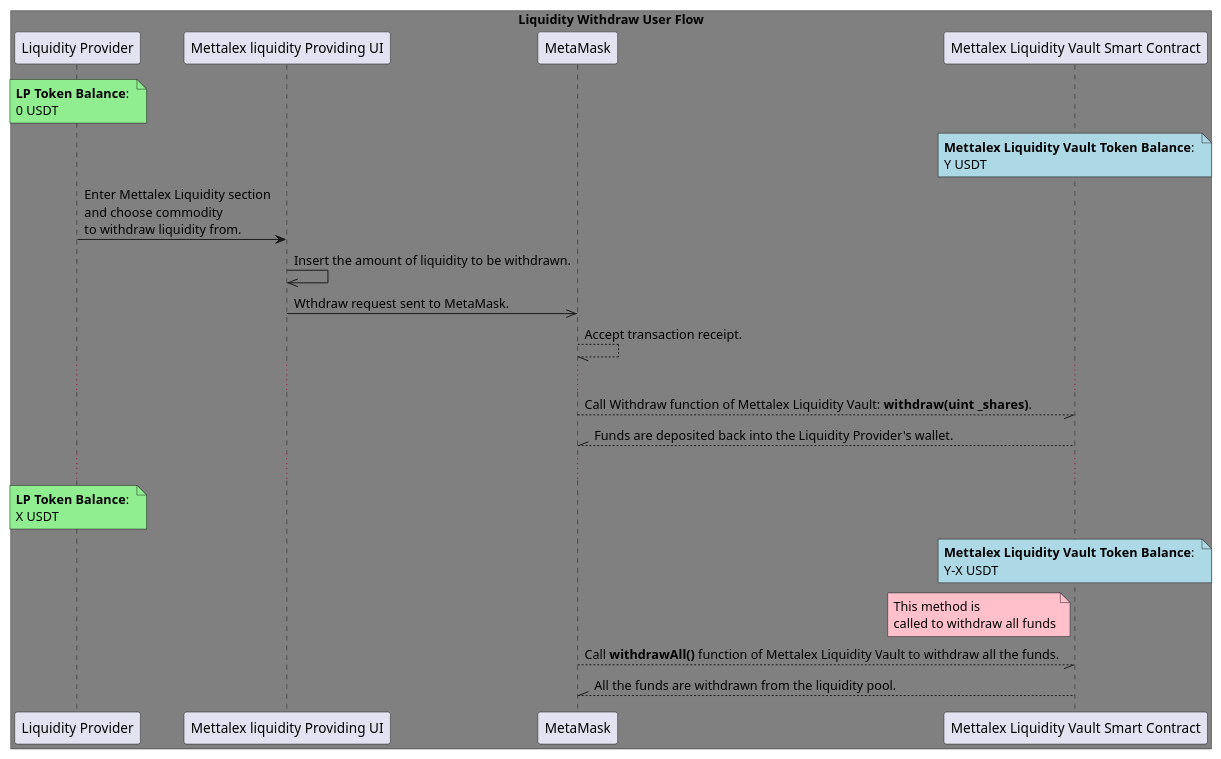
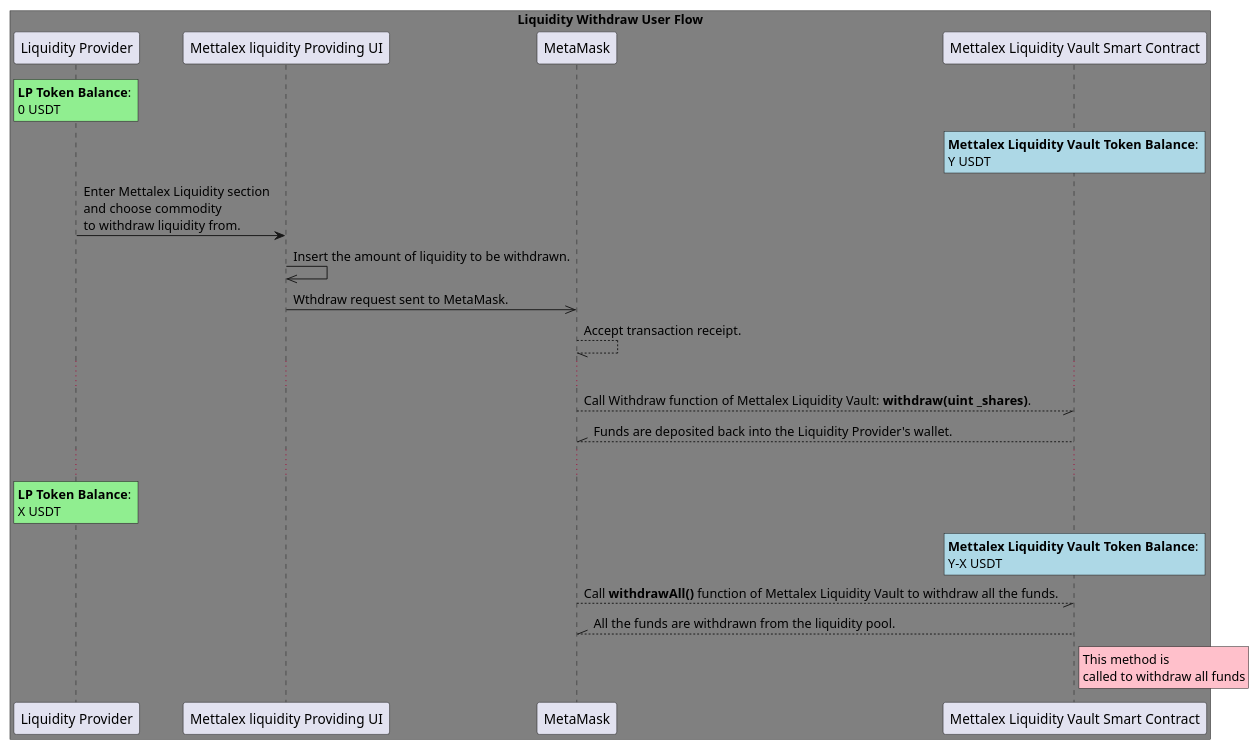
One commit to fetchai/mettalex-documentation changed the diagram in PlantUML and png diagrams/Withdraw APIs.puml. Above: the diagram before and after it, drawn with PlantUML. The commit also changed 9 other files, not shown here.

Commit message:
PlantUML Diagrams

```diff
--- a/PlantUML and png diagrams/Withdraw APIs.puml
+++ b/PlantUML and png diagrams/Withdraw APIs.puml
@@ -1,32 +1,32 @@
 @startuml
 
 box "Liquidity Withdraw User Flow" #grey
 participant "Liquidity Provider" as LP
 participant "Mettalex liquidity Providing UI" as LPUI
 participant "MetaMask" as MM
 participant "Mettalex Liquidity Vault Smart Contract" as LVSM
 
 end box
 
-note over LP #lightgreen: **LP Token Balance**: \n0 USDT
-note over LVSM #lightblue: **Mettalex Liquidity Vault Token Balance**: \nY USDT
+rnote over LP #lightgreen: **LP Token Balance**: \n0 USDT
+rnote over LVSM #lightblue: **Mettalex Liquidity Vault Token Balance**: \nY USDT
 
 LP -> LPUI: Enter Mettalex Liquidity section\nand choose commodity\nto withdraw liquidity from.
 LPUI ->> LPUI: Insert the amount of liquidity to be withdrawn.
 LPUI ->> MM: Wthdraw request sent to MetaMask.
 MM --// MM: Accept transaction receipt.
 ...
 MM --// LVSM: Call Withdraw function of Mettalex Liquidity Vault: **withdraw(uint _shares)**.
 LVSM --\\ MM: Funds are deposited back into the Liquidity Provider's wallet.
 ...
 
-note over LP #lightgreen: **LP Token Balance**: \nX USDT
-note over LVSM #lightblue: **Mettalex Liquidity Vault Token Balance**: \nY-X USDT
+rnote over LP #lightgreen: **LP Token Balance**: \nX USDT
+rnote over LVSM #lightblue: **Mettalex Liquidity Vault Token Balance**: \nY-X USDT
 
 
-note left of LVSM #pink: This method is\ncalled to withdraw all funds
+
 MM --// LVSM: Call **withdrawAll()** function of Mettalex Liquidity Vault to withdraw all the funds.
 LVSM --\\ MM: All the funds are withdrawn from the liquidity pool.
-
+rnote right of LVSM #pink: This method is\ncalled to withdraw all funds
 
 @enduml
```
